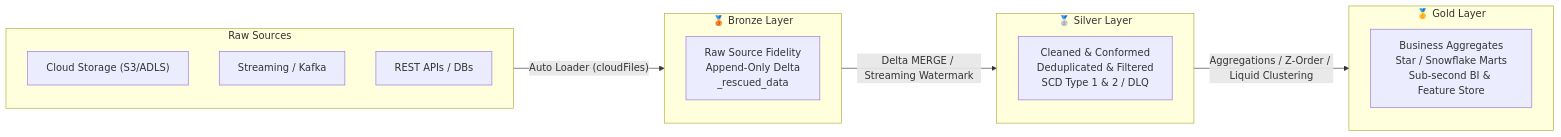
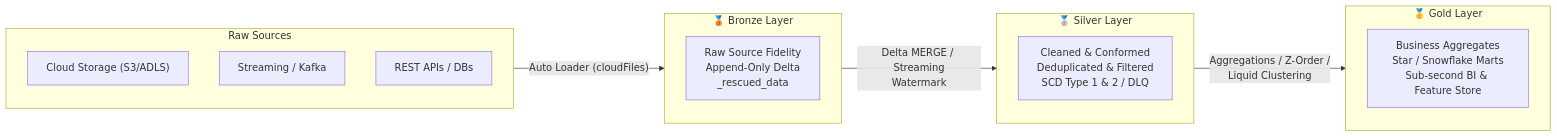
One commit to santoshjammi29/pyspark-handbook changed the diagram in README.md. Above: the diagram before and after it, drawn with Mermaid. The commit also changed 14 other files, not shown here.

Commit message:
fix(diagrams): word-wrap labels and escape comparison operators across all diagrams

````diff
--- a/README.md
+++ b/README.md
@@ -89,24 +89,24 @@
 ```mermaid
 flowchart LR
     subgraph Raw["Raw Sources"]
         S1["Cloud Storage (S3/ADLS)"]
         S2["Streaming / Kafka"]
         S3["REST APIs / DBs"]
     end
 
     subgraph Bronze["🥉 Bronze Layer"]
         B1["Raw Source Fidelity<br/>Append-Only Delta<br/>_rescued_data"]
     end
 
     subgraph Silver["🥈 Silver Layer"]
         S_L["Cleaned & Conformed<br/>Deduplicated & Filtered<br/>SCD Type 1 & 2 / DLQ"]
     end
 
     subgraph Gold["🥇 Gold Layer"]
         G1["Business Aggregates<br/>Star / Snowflake Marts<br/>Sub-second BI & Feature Store"]
     end
 
     Raw -->|"Auto Loader (cloudFiles)"| Bronze
-    Bronze -->|"Delta MERGE / Streaming Watermark"| Silver
-    Silver -->|"Aggregations / Z-Order / Liquid Clustering"| Gold
+    Bronze -->|"Delta MERGE / Streaming<br/>Watermark"| Silver
+    Silver -->|"Aggregations / Z-Order /<br/>Liquid Clustering"| Gold
 ```
````
